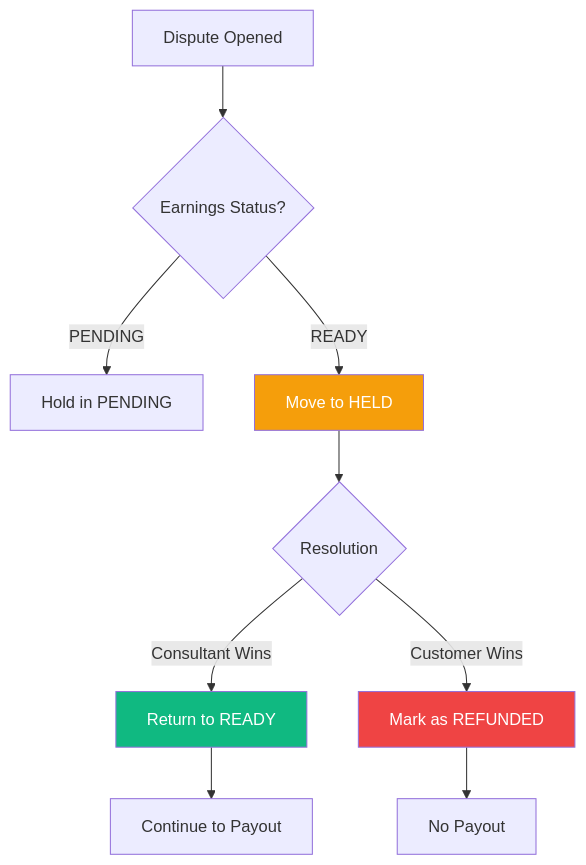
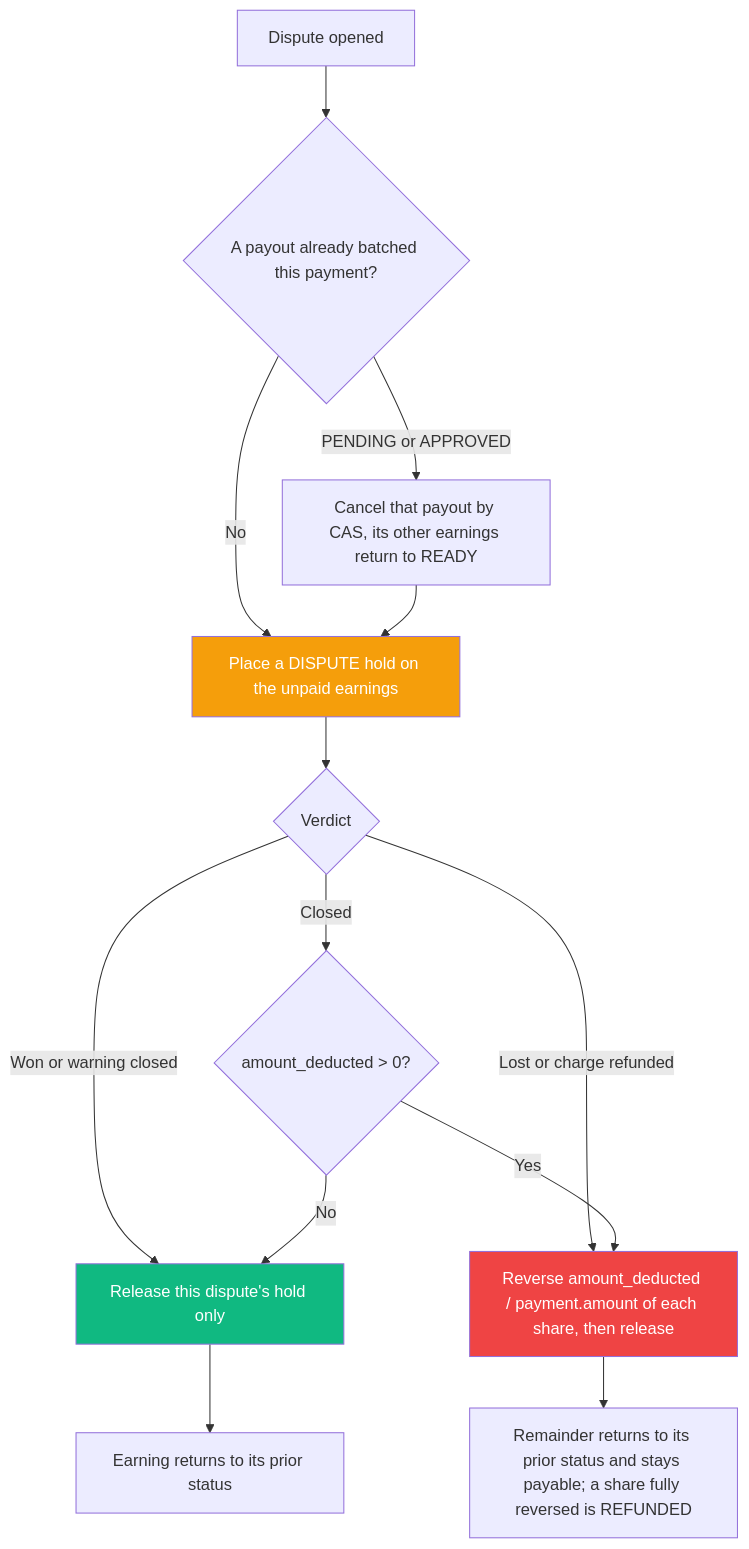
The seventh of 7 diagrams in docs/payments/payouts/02-earnings-lifecycle.md (Practitionist/familiarise_web), drawn with Mermaid before and after one commit. The commit also changed other lines of this file and 34 other files, not shown here.

````diff
--- a/docs/payments/payouts/02-earnings-lifecycle.md
+++ b/docs/payments/payouts/02-earnings-lifecycle.md
@@ -272,17 +285,19 @@
 ```mermaid
 flowchart TD
-    A[Dispute Opened] --> B{Earnings Status?}
-    B -->|PENDING| C[Hold in PENDING]
-    B -->|READY| D[Move to HELD]
+    A[Dispute opened] --> P{A payout already batched this payment?}
+    P -->|PENDING or APPROVED| Q[Cancel that payout by CAS, its other earnings return to READY]
+    P -->|No| H
+    Q --> H[Place a DISPUTE hold on the unpaid earnings]
+    H --> V{Verdict}
+    V -->|Won or warning closed| W[Release this dispute's hold only]
+    V -->|Lost or charge refunded| L[Reverse amount_deducted / payment.amount of each share, then release]
+    V -->|Closed| C{amount_deducted > 0?}
+    C -->|Yes| L
+    C -->|No| W
+    W --> R[Earning returns to its prior status]
+    L --> M[Remainder returns to its prior status and stays payable; a share fully reversed is REFUNDED]
 
-    D --> E{Resolution}
-    E -->|Consultant Wins| F[Return to READY]
-    E -->|Customer Wins| G[Mark as REFUNDED]
-
-    F --> H[Continue to Payout]
-    G --> I[No Payout]
-
-    style D fill:#f59e0b,color:#fff
-    style F fill:#10b981,color:#fff
-    style G fill:#ef4444,color:#fff
+    style H fill:#f59e0b,color:#fff
+    style W fill:#10b981,color:#fff
+    style L fill:#ef4444,color:#fff
 ```
````
